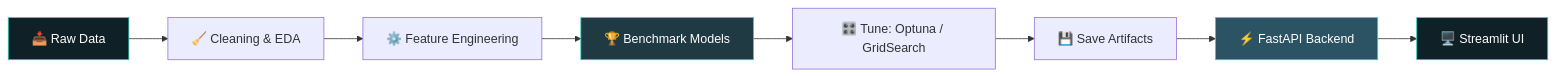
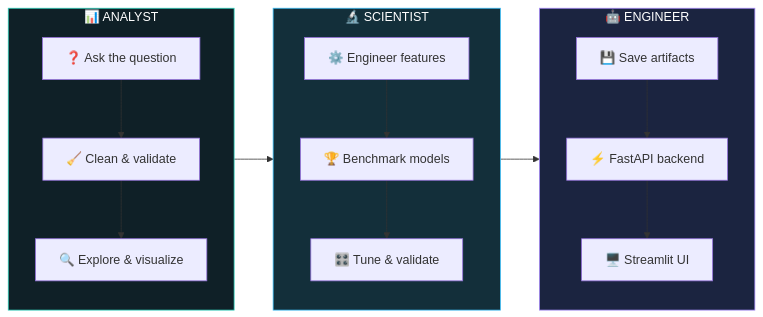
One commit to ENGABHAY/ENGABHAY changed the diagram in README.md. Above: the diagram before and after it, drawn with Mermaid. The commit also changed other lines of this file, not shown here.

````diff
--- a/README.md
+++ b/README.md
@@ -218,14 +296,22 @@
 ```mermaid
 flowchart LR
-    A[📥 Raw Data] --> B[🧹 Cleaning & EDA]
-    B --> C[⚙️ Feature Engineering]
-    C --> D[🏆 Benchmark Models]
-    D --> E[🎛️ Tune: Optuna / GridSearch]
-    E --> F[💾 Save Artifacts]
-    F --> G[⚡ FastAPI Backend]
-    G --> H[🖥️ Streamlit UI]
+    subgraph A["📊 ANALYST"]
+        direction TB
+        A1[❓ Ask the question] --> A2[🧹 Clean & validate]
+        A2 --> A3[🔍 Explore & visualize]
+    end
+    subgraph B["🔬 SCIENTIST"]
+        direction TB
+        B1[⚙️ Engineer features] --> B2[🏆 Benchmark models]
+        B2 --> B3[🎛️ Tune & validate]
+    end
+    subgraph C["🤖 ENGINEER"]
+        direction TB
+        C1[💾 Save artifacts] --> C2[⚡ FastAPI backend]
+        C2 --> C3[🖥️ Streamlit UI]
+    end
+    A --> B --> C
     style A fill:#0f2027,stroke:#2DD4BF,color:#fff
-    style D fill:#203a43,stroke:#2DD4BF,color:#fff
-    style G fill:#2c5364,stroke:#2DD4BF,color:#fff
-    style H fill:#0f2027,stroke:#2DD4BF,color:#fff
+    style B fill:#132f3a,stroke:#38BDF8,color:#fff
+    style C fill:#1b2440,stroke:#A78BFA,color:#fff
 ```
````
